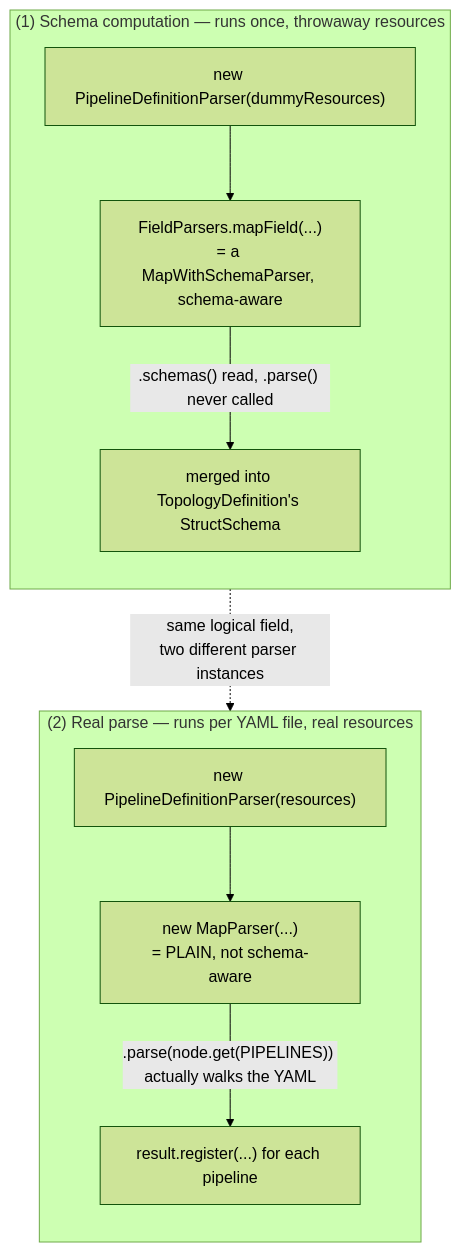
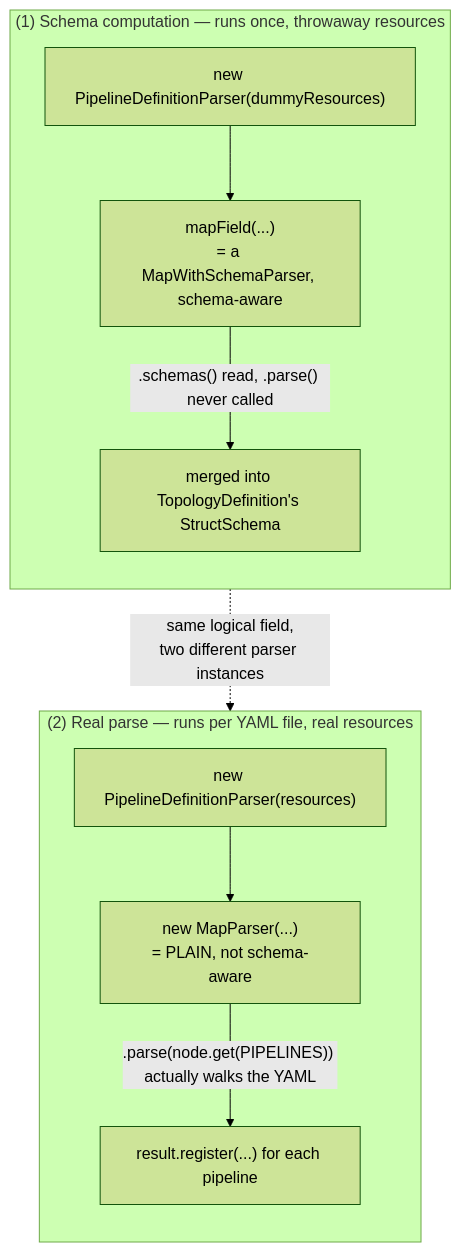
The fourth of 4 diagrams in developerdocs/parser-architecture.md (Axual/ksml), drawn with Mermaid (forest theme) before and after one commit. The commit also changed other lines of this file, not shown here.

````diff
--- a/developerdocs/parser-architecture.md
+++ b/developerdocs/parser-architecture.md
@@ -277,14 +296,14 @@
 ```mermaid
 flowchart TB
     subgraph SCHEMA["(1) Schema computation — runs once, throwaway resources"]
         direction TB
-        A1["new PipelineDefinitionParser(dummyResources)"] --> A2["FieldParsers.mapField(...)\n= a MapWithSchemaParser, schema-aware"]
+        A1["new PipelineDefinitionParser(dummyResources)"] --> A2["mapField(...)\n= a MapWithSchemaParser, schema-aware"]
         A2 -->|".schemas() read, .parse() never called"| A3["merged into TopologyDefinition's StructSchema"]
     end
     subgraph REAL["(2) Real parse — runs per YAML file, real resources"]
         direction TB
         B1["new PipelineDefinitionParser(resources)"] --> B2["new MapParser(...)\n= PLAIN, not schema-aware"]
         B2 -->|".parse(node.get(PIPELINES)) actually walks the YAML"| B3["result.register(...) for each pipeline"]
     end
     SCHEMA -.->|"same logical field,\ntwo different parser instances"| REAL
 ```
````
